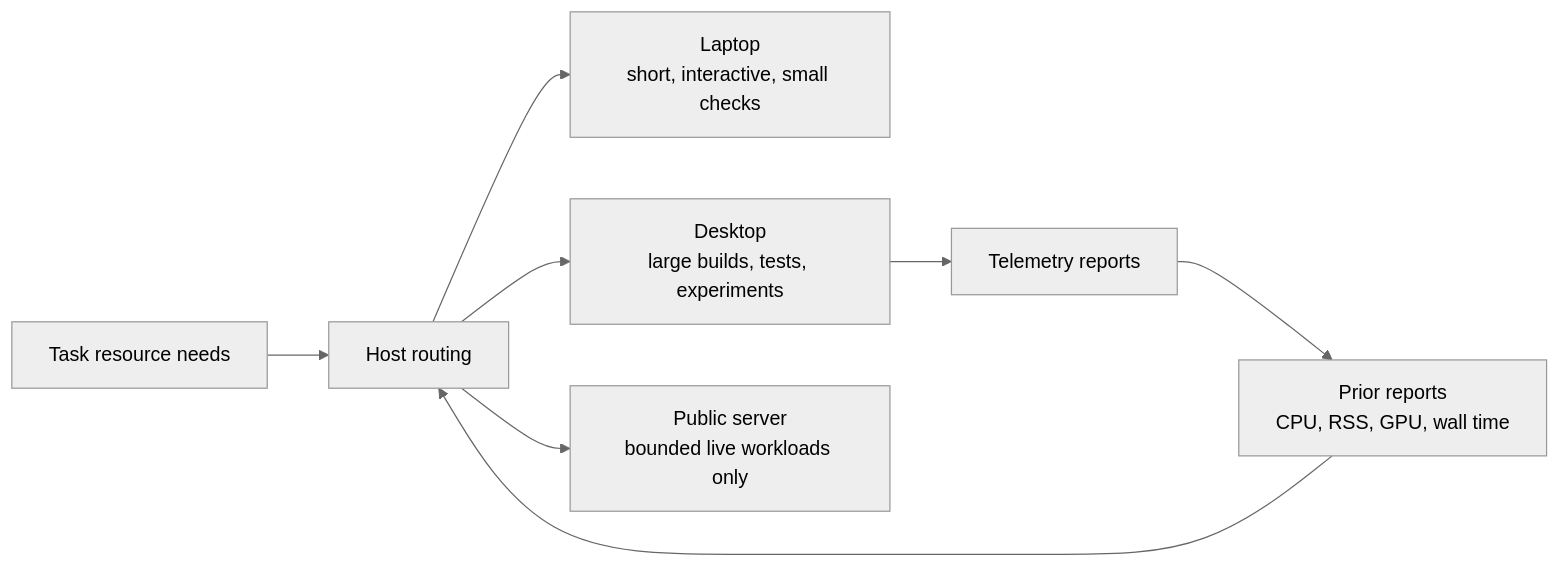
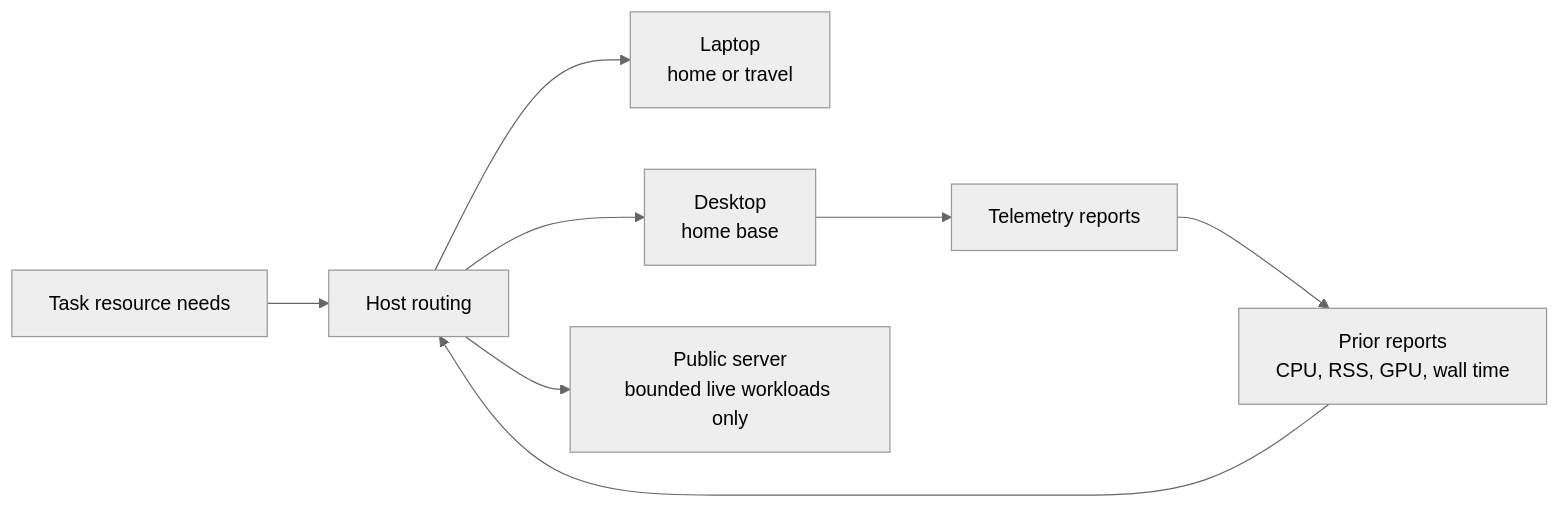
One commit to tlaitinen/terolaitinen.fi changed diagram 14 of 19 in content/posts/agentic-side-project-setup.md. Above: the diagram before and after it, drawn with Mermaid (neutral theme). The commit also changed other lines of this file and 1 other file, not shown here.

````diff
--- a/content/posts/agentic-side-project-setup.md
+++ b/content/posts/agentic-side-project-setup.md
@@ -531,10 +529,10 @@
 ```mermaid
 flowchart LR
     Task["Task resource needs"] --> Router["Host routing"]
     Telemetry["Prior reports<br/>CPU, RSS, GPU, wall time"] --> Router
-    Router --> Laptop["Laptop<br/>short, interactive, small checks"]
-    Router --> Desktop["Desktop<br/>large builds, tests, experiments"]
+    Router --> Laptop["Laptop<br/>home or travel"]
+    Router --> Desktop["Desktop<br/>home base"]
     Router --> PublicBox["Public server<br/>bounded live workloads only"]
     Desktop --> Reports["Telemetry reports"]
     Reports --> Telemetry
 ```
````
